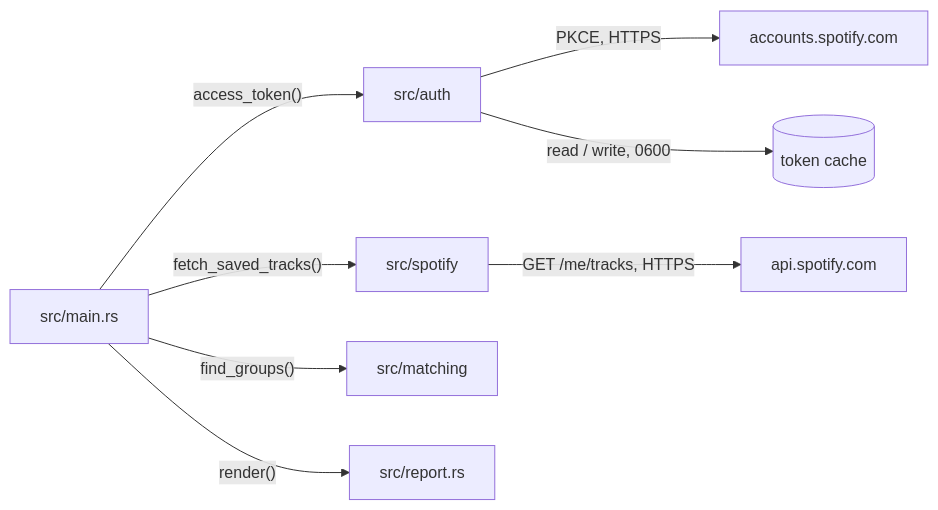
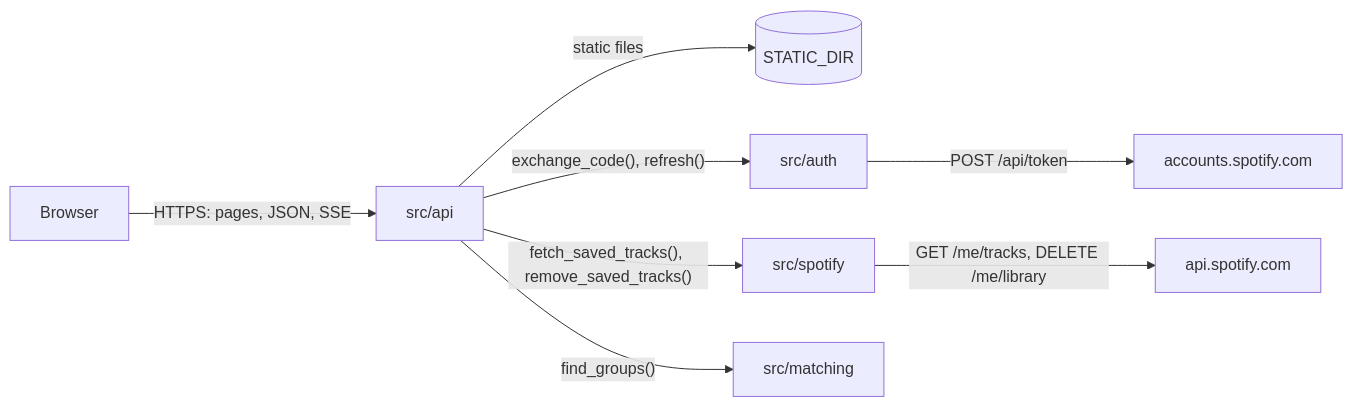
Before and after one commit to leroyguillaume/spoticlean: the first of 2 diagrams in ARCHITECTURE.md, drawn with Mermaid. The commit also changed other lines of this file and 33 other files, not shown here.

````diff
--- a/ARCHITECTURE.md
+++ b/ARCHITECTURE.md
@@ -9,10 +12,10 @@
 ```mermaid
 flowchart LR
-    main["src/main.rs"] -->|"access_token()"| auth["src/auth"]
-    auth -->|"PKCE, HTTPS"| accounts["accounts.spotify.com"]
-    auth -->|"read / write, 0600"| cache[("token cache")]
-    main -->|"fetch_saved_tracks()"| spotify["src/spotify"]
-    spotify -->|"GET /me/tracks, HTTPS"| api["api.spotify.com"]
-    main -->|"find_groups()"| matching["src/matching"]
-    main -->|"render()"| report["src/report.rs"]
+    browser["Browser"] -->|"HTTPS: pages, JSON, SSE"| api["src/api"]
+    api -->|"static files"| ui[("STATIC_DIR")]
+    api -->|"exchange_code(), refresh()"| auth["src/auth"]
+    auth -->|"POST /api/token"| accounts["accounts.spotify.com"]
+    api -->|"fetch_saved_tracks(), remove_saved_tracks()"| spotify["src/spotify"]
+    spotify -->|"GET /me/tracks, DELETE /me/library"| webapi["api.spotify.com"]
+    api -->|"find_groups()"| matching["src/matching"]
 ```
````
